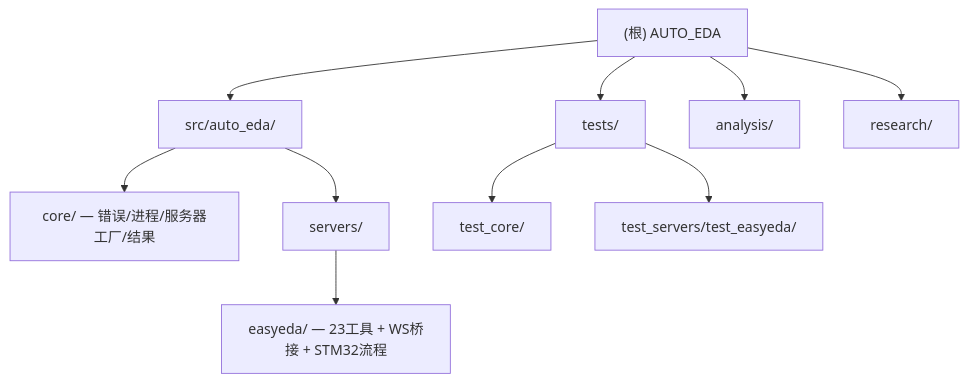
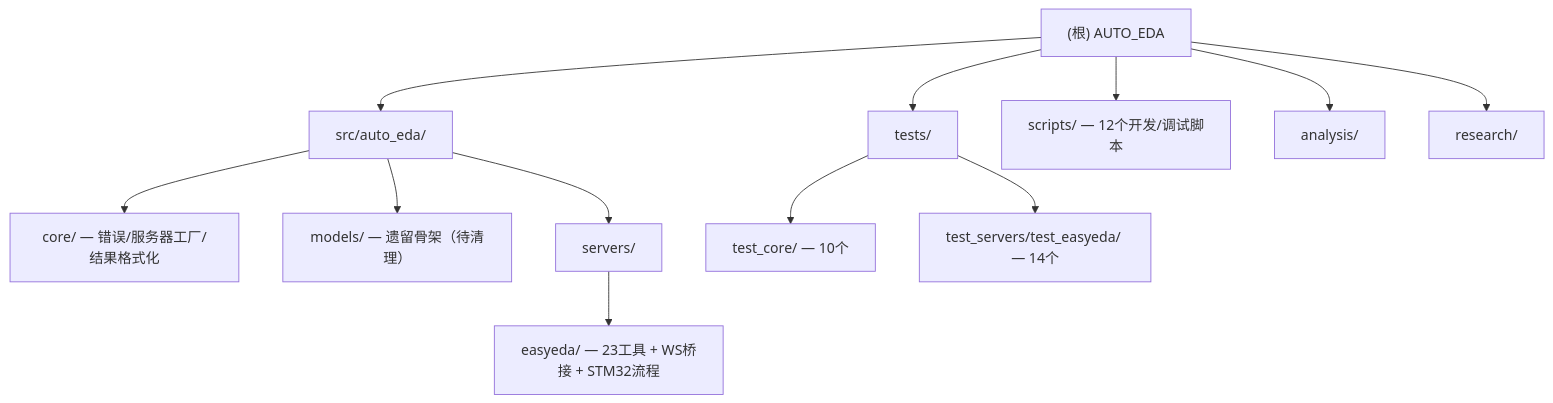
One commit to Techd81/AUTO_EDA changed the diagram in CLAUDE.md. Above: the diagram before and after it, drawn with Mermaid. The commit also changed other lines of this file and 4 other files, not shown here.

````diff
--- a/CLAUDE.md
+++ b/CLAUDE.md
@@ -44,17 +60,21 @@
 ```mermaid
 graph TD
     A["(根) AUTO_EDA"] --> SRC["src/auto_eda/"]
     A --> TESTS["tests/"]
+    A --> SCRIPTS["scripts/ — 12个开发/调试脚本"]
     A --> ANALYSIS["analysis/"]
     A --> RESEARCH["research/"]
-    SRC --> CORE["core/ — 错误/进程/服务器工厂/结果"]
+    SRC --> CORE["core/ — 错误/服务器工厂/结果格式化"]
+    SRC --> MODELS["models/ — 遗留骨架（待清理）"]
     SRC --> SERVERS["servers/"]
     SERVERS --> EASYEDA["easyeda/ — 23工具 + WS桥接 + STM32流程"]
-    TESTS --> T1["test_core/"]
-    TESTS --> T2["test_servers/test_easyeda/"]
+    TESTS --> T1["test_core/ — 10个"]
+    TESTS --> T2["test_servers/test_easyeda/ — 14个"]
     click EASYEDA "./src/auto_eda/servers/easyeda/CLAUDE.md" "easyeda 模块文档"
     click CORE "./src/auto_eda/core/CLAUDE.md" "core 模块文档"
+    click MODELS "./src/auto_eda/models/CLAUDE.md" "models 模块文档"
     click ANALYSIS "./analysis/CLAUDE.md" "analysis 模块文档"
     click RESEARCH "./research/CLAUDE.md" "research 模块文档"
     click TESTS "./tests/CLAUDE.md" "tests 模块文档"
+    click SCRIPTS "./scripts/CLAUDE.md" "scripts 模块文档"
 ```
````
